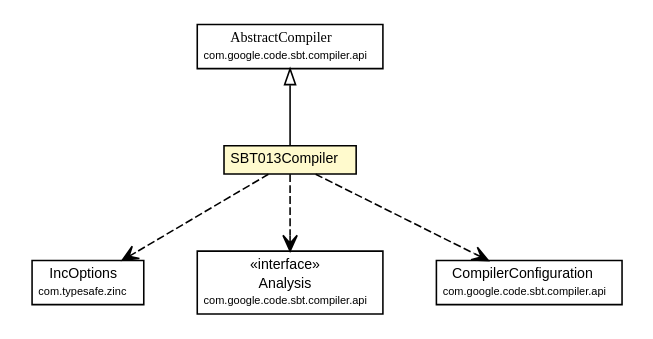
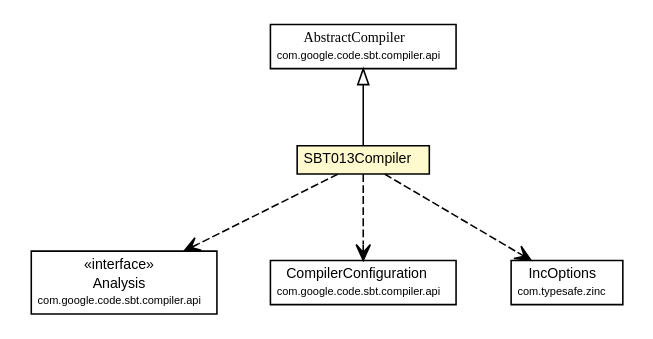
Before and after one commit to sbt-compiler-maven-plugin/sbt-compiler-maven-plugin.github.io: the diagram in sbt-compiler-maven-plugin/1.0.0-beta8-SNAPSHOT/sbt-compilers/sbt-compiler-sbt013/apidocs/com/google/code/sbt/compiler/sbt013/SBT013Compiler.dot, drawn with Graphviz. The commit also changed 200 other files, not shown here.

```diff
--- a/sbt-compiler-maven-plugin/1.0.0-beta8-SNAPSHOT/sbt-compilers/sbt-compiler-sbt013/apidocs/com/google/code/sbt/compiler/sbt013/SBT013Compiler.dot
+++ b/sbt-compiler-maven-plugin/1.0.0-beta8-SNAPSHOT/sbt-compilers/sbt-compiler-sbt013/apidocs/com/google/code/sbt/compiler/sbt013/SBT013Compiler.dot
@@ -1,55 +1,55 @@
 #!/usr/local/bin/dot
 #
 # Class diagram 
 # Generated by UMLGraph version R5_6-24-gf6e263 (http://www.umlgraph.org/)
 #
 
 digraph G {
 	edge [fontname="arial",fontsize=10,labelfontname="arial",labelfontsize=10];
 	node [fontname="arial",fontsize=10,shape=plaintext];
 	nodesep=0.25;
 	ranksep=0.5;
 	// com.google.code.sbt.compiler.sbt013.SBT013Compiler
 	c43 [label=<<table title="com.google.code.sbt.compiler.sbt013.SBT013Compiler" border="0" cellborder="1" cellspacing="0" cellpadding="2" port="p" bgcolor="lemonChiffon" href="./SBT013Compiler.html">
 		<tr><td><table border="0" cellspacing="0" cellpadding="1">
 <tr><td align="center" balign="center"> SBT013Compiler </td></tr>
 		</table></td></tr>
 		</table>>, URL="./SBT013Compiler.html", fontname="arial", fontcolor="black", fontsize=9.0];
 	//com.google.code.sbt.compiler.sbt013.SBT013Compiler extends com.google.code.sbt.compiler.api.AbstractCompiler
 	c48:p -> c43:p [dir=back,arrowtail=empty];
+	// com.google.code.sbt.compiler.sbt013.SBT013Compiler DEPEND com.google.code.sbt.compiler.api.Analysis
+	c43:p -> c49:p [taillabel="", label="", headlabel="", fontname="arial", fontcolor="black", fontsize=10.0, color="black", arrowhead=open, style=dashed];
+	// com.google.code.sbt.compiler.sbt013.SBT013Compiler DEPEND com.google.code.sbt.compiler.api.CompilerConfiguration
+	c43:p -> c51:p [taillabel="", label="", headlabel="", fontname="arial", fontcolor="black", fontsize=10.0, color="black", arrowhead=open, style=dashed];
 	// com.google.code.sbt.compiler.sbt013.SBT013Compiler DEPEND com.typesafe.zinc.IncOptions
-	c43:p -> c54:p [taillabel="", label="", headlabel="", fontname="arial", fontcolor="black", fontsize=10.0, color="black", arrowhead=open, style=dashed];
-	// com.google.code.sbt.compiler.sbt013.SBT013Compiler DEPEND com.google.code.sbt.compiler.api.Analysis
-	c43:p -> c55:p [taillabel="", label="", headlabel="", fontname="arial", fontcolor="black", fontsize=10.0, color="black", arrowhead=open, style=dashed];
-	// com.google.code.sbt.compiler.sbt013.SBT013Compiler DEPEND com.google.code.sbt.compiler.api.CompilerConfiguration
 	c43:p -> c57:p [taillabel="", label="", headlabel="", fontname="arial", fontcolor="black", fontsize=10.0, color="black", arrowhead=open, style=dashed];
 	// com.google.code.sbt.compiler.api.AbstractCompiler
 	c48 [label=<<table title="com.google.code.sbt.compiler.api.AbstractCompiler" border="0" cellborder="1" cellspacing="0" cellpadding="2" port="p">
 		<tr><td><table border="0" cellspacing="0" cellpadding="1">
 <tr><td align="center" balign="center"><font face="arial italic"> AbstractCompiler </font></td></tr>
 <tr><td align="center" balign="center"><font point-size="7.0"> com.google.code.sbt.compiler.api </font></td></tr>
 		</table></td></tr>
 		</table>>, URL="null", fontname="arial", fontcolor="black", fontsize=9.0];
-	// com.typesafe.zinc.IncOptions
-	c54 [label=<<table title="com.typesafe.zinc.IncOptions" border="0" cellborder="1" cellspacing="0" cellpadding="2" port="p">
-		<tr><td><table border="0" cellspacing="0" cellpadding="1">
-<tr><td align="center" balign="center"> IncOptions </td></tr>
-<tr><td align="center" balign="center"><font point-size="7.0"> com.typesafe.zinc </font></td></tr>
-		</table></td></tr>
-		</table>>, URL="null", fontname="arial", fontcolor="black", fontsize=9.0];
 	// com.google.code.sbt.compiler.api.Analysis
-	c55 [label=<<table title="com.google.code.sbt.compiler.api.Analysis" border="0" cellborder="1" cellspacing="0" cellpadding="2" port="p">
+	c49 [label=<<table title="com.google.code.sbt.compiler.api.Analysis" border="0" cellborder="1" cellspacing="0" cellpadding="2" port="p">
 		<tr><td><table border="0" cellspacing="0" cellpadding="1">
 <tr><td align="center" balign="center"> &#171;interface&#187; </td></tr>
 <tr><td align="center" balign="center"> Analysis </td></tr>
 <tr><td align="center" balign="center"><font point-size="7.0"> com.google.code.sbt.compiler.api </font></td></tr>
 		</table></td></tr>
 		</table>>, URL="null", fontname="arial", fontcolor="black", fontsize=9.0];
+	// com.typesafe.zinc.IncOptions
+	c57 [label=<<table title="com.typesafe.zinc.IncOptions" border="0" cellborder="1" cellspacing="0" cellpadding="2" port="p">
+		<tr><td><table border="0" cellspacing="0" cellpadding="1">
+<tr><td align="center" balign="center"> IncOptions </td></tr>
+<tr><td align="center" balign="center"><font point-size="7.0"> com.typesafe.zinc </font></td></tr>
+		</table></td></tr>
+		</table>>, URL="null", fontname="arial", fontcolor="black", fontsize=9.0];
 	// com.google.code.sbt.compiler.api.CompilerConfiguration
-	c57 [label=<<table title="com.google.code.sbt.compiler.api.CompilerConfiguration" border="0" cellborder="1" cellspacing="0" cellpadding="2" port="p">
+	c51 [label=<<table title="com.google.code.sbt.compiler.api.CompilerConfiguration" border="0" cellborder="1" cellspacing="0" cellpadding="2" port="p">
 		<tr><td><table border="0" cellspacing="0" cellpadding="1">
 <tr><td align="center" balign="center"> CompilerConfiguration </td></tr>
 <tr><td align="center" balign="center"><font point-size="7.0"> com.google.code.sbt.compiler.api </font></td></tr>
 		</table></td></tr>
 		</table>>, URL="null", fontname="arial", fontcolor="black", fontsize=9.0];
 }
```
